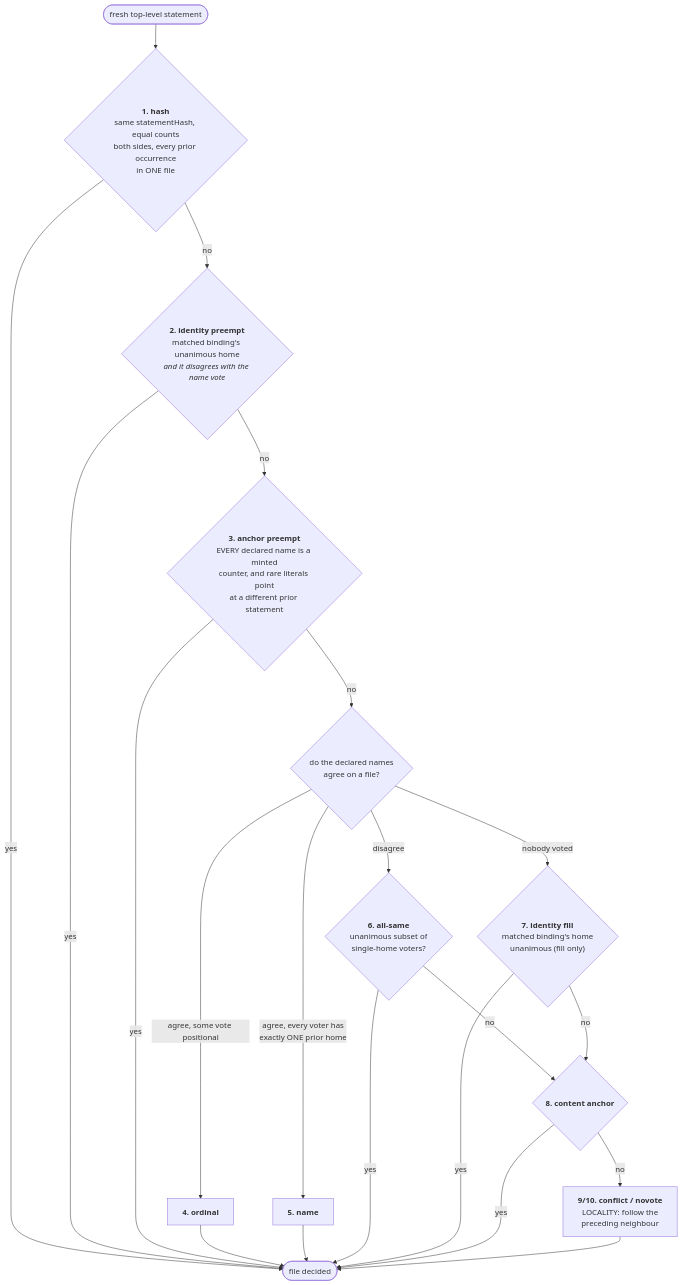
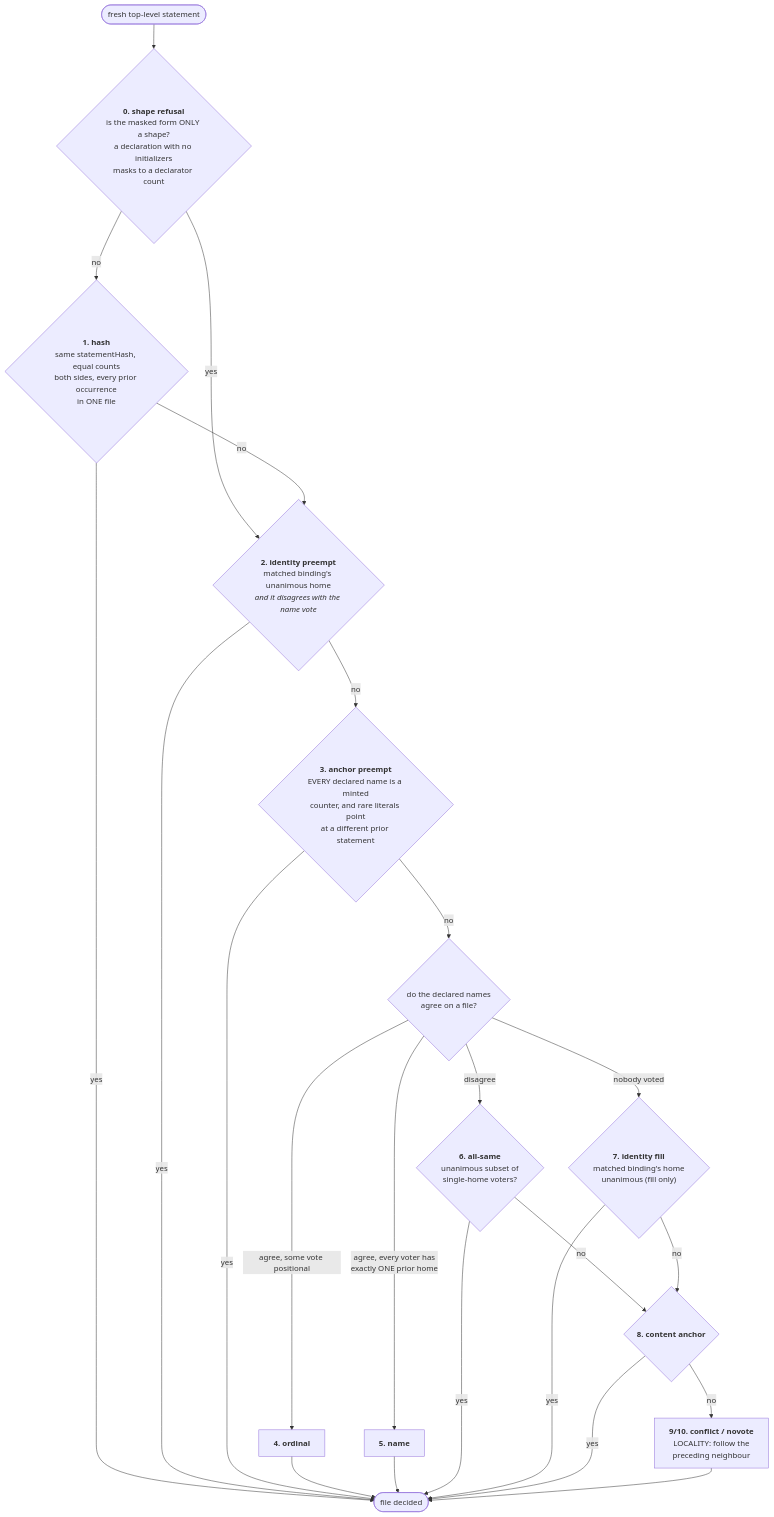
One commit to andrewgross/humanify changed the third of 5 diagrams in docs/matching-cascades.md. Above: the diagram before and after it, drawn with Mermaid. The commit also changed other lines of this file, not shown here.

First line of the commit message:
docs: name the shape refusal in the placement cascade, and its scope

````diff
--- a/docs/matching-cascades.md
+++ b/docs/matching-cascades.md
@@ -109,26 +109,28 @@
 ```mermaid
 flowchart TD
-  s(["fresh top-level statement"]) --> h{"<b>1. hash</b><br/>same statementHash, equal counts<br/>both sides, every prior occurrence<br/>in ONE file"}
+  s(["fresh top-level statement"]) --> shape{"<b>0. shape refusal</b><br/>is the masked form ONLY a shape?<br/>a declaration with no initializers<br/>masks to a declarator count"}
+  shape -->|"yes"| pre
+  shape -->|"no"| h{"<b>1. hash</b><br/>same statementHash, equal counts<br/>both sides, every prior occurrence<br/>in ONE file"}
   h -->|"yes"| place(["file decided"])
   h -->|"no"| pre{"<b>2. identity preempt</b><br/>matched binding's unanimous home<br/><i>and it disagrees with the name vote</i>"}
   pre -->|"yes"| place
   pre -->|"no"| ap{"<b>3. anchor preempt</b><br/>EVERY declared name is a minted<br/>counter, and rare literals point<br/>at a different prior statement"}
   ap -->|"yes"| place
   ap -->|"no"| votes{"do the declared names<br/>agree on a file?"}
 
   votes -->|"agree, some vote positional"| ord["<b>4. ordinal</b>"]
   votes -->|"agree, every voter has<br/>exactly ONE prior home"| nm["<b>5. name</b>"]
   votes -->|"disagree"| all{"<b>6. all-same</b><br/>unanimous subset of<br/>single-home voters?"}
   votes -->|"nobody voted"| fill{"<b>7. identity fill</b><br/>matched binding's home<br/>unanimous (fill only)"}
 
   ord --> place
   nm --> place
   all -->|"yes"| place
   fill -->|"yes"| place
 
   all -->|"no"| anch{"<b>8. content anchor</b>"}
   fill -->|"no"| anch
   anch -->|"yes"| place
   anch -->|"no"| loc["<b>9/10. conflict / novote</b><br/>LOCALITY: follow the<br/>preceding neighbour"]
   loc --> place
 ```
````
